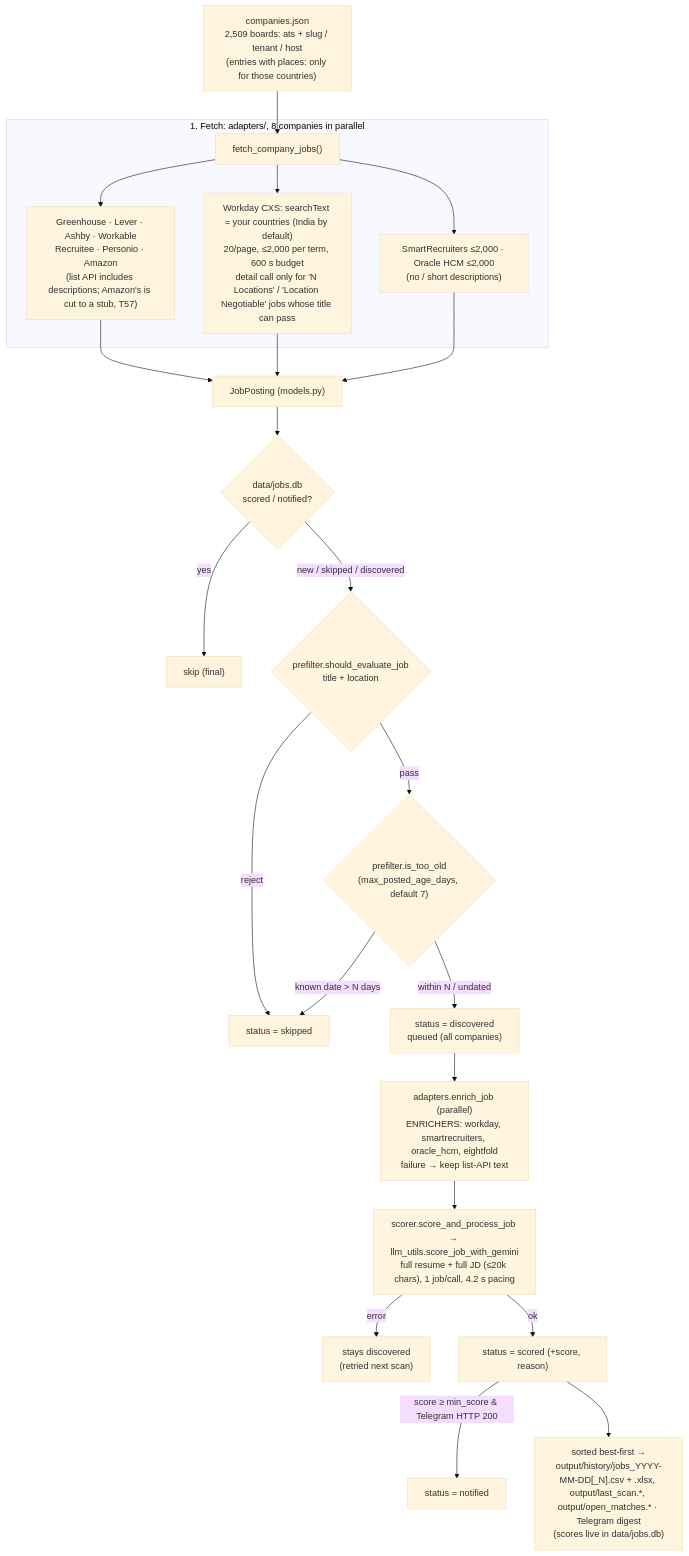
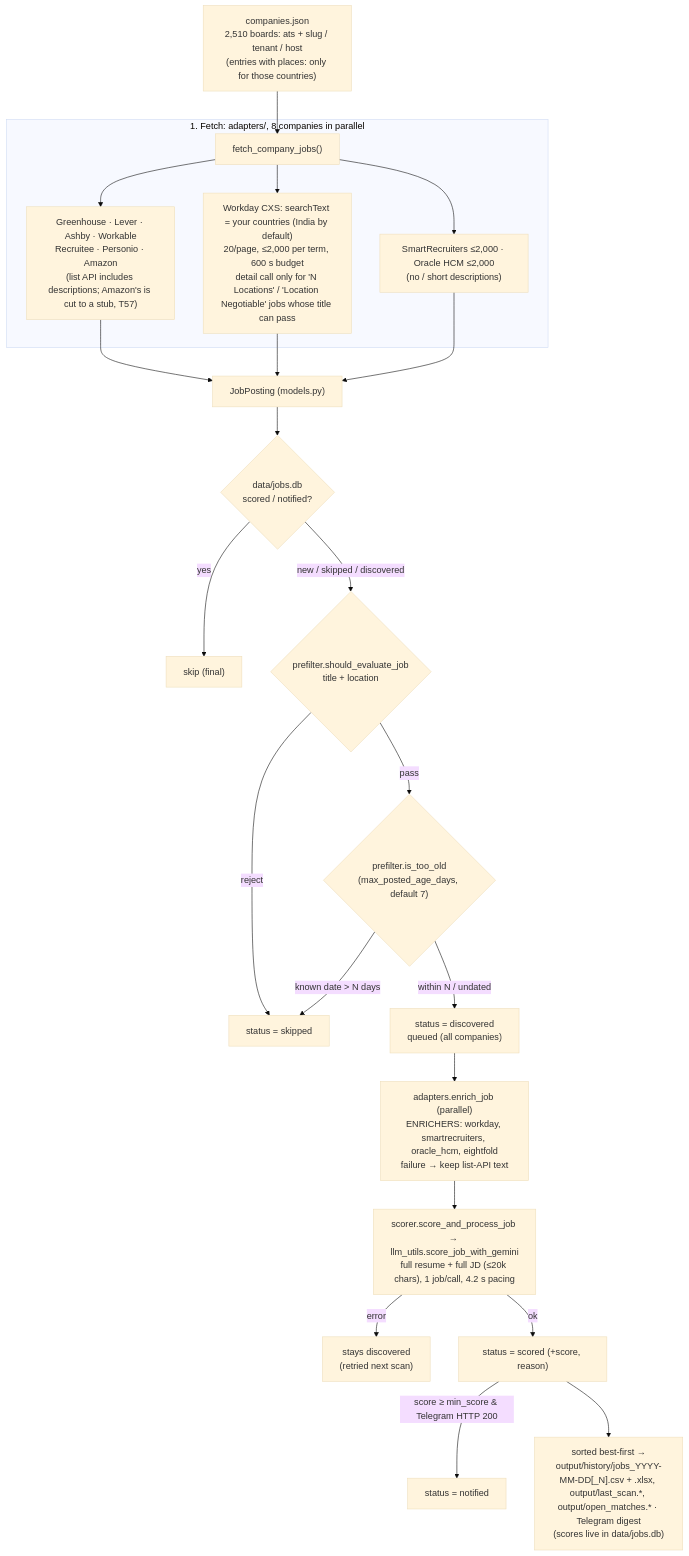
The diagram in ARCHITECTURE.md (Manish814142/rolesight), drawn with Mermaid (base theme) before and after one commit. The commit also changed 9 other files, not shown here.

````diff
--- a/ARCHITECTURE.md
+++ b/ARCHITECTURE.md
@@ -19,25 +19,25 @@
 ```mermaid
 flowchart TD
-    COMP["companies.json<br/>2,509 boards: ats + slug / tenant / host<br/>(entries with places: only for those countries)"] --> FETCH
+    COMP["companies.json<br/>2,510 boards: ats + slug / tenant / host<br/>(entries with places: only for those countries)"] --> FETCH
     subgraph Fetch ["1. Fetch: adapters/, 8 companies in parallel"]
         FETCH["fetch_company_jobs()"] --> LISTAPI["Greenhouse · Lever · Ashby · Workable<br/>Recruitee · Personio · Amazon<br/>(list API includes descriptions; Amazon's is cut to a stub, T57)"]
         FETCH --> WD["Workday CXS: searchText = your countries (India by default)<br/>20/page, ≤2,000 per term, 600 s budget<br/>detail call only for 'N Locations' / 'Location Negotiable' jobs whose title can pass"]
         FETCH --> SROH["SmartRecruiters ≤2,000 · Oracle HCM ≤2,000<br/>(no / short descriptions)"]
     end
     LISTAPI --> JP["JobPosting (models.py)"]
     WD --> JP
     SROH --> JP
     JP --> DEDUP{"data/jobs.db<br/>scored / notified?"}
     DEDUP -- yes --> SKIPF["skip (final)"]
     DEDUP -- "new / skipped / discovered" --> PF{"prefilter.should_evaluate_job<br/>title + location"}
     PF -- reject --> SKIPPED["status = skipped"]
     PF -- pass --> AGE{"prefilter.is_too_old<br/>(max_posted_age_days, default 7)"}
     AGE -- "known date > N days" --> SKIPPED
     AGE -- "within N / undated" --> QUEUE["status = discovered<br/>queued (all companies)"]
     QUEUE --> ENRICH["adapters.enrich_job (parallel)<br/>ENRICHERS: workday, smartrecruiters, oracle_hcm, eightfold<br/>failure → keep list-API text"]
     ENRICH --> SCORE["scorer.score_and_process_job → llm_utils.score_job_with_gemini<br/>full resume + full JD (≤20k chars), 1 job/call, 4.2 s pacing"]
     SCORE -- error --> DISC["stays discovered<br/>(retried next scan)"]
     SCORE -- ok --> SCORED["status = scored (+score, reason)"]
     SCORED -- "score ≥ min_score & Telegram HTTP 200" --> NOTIFIED["status = notified"]
     SCORED --> OUT["sorted best-first →<br/>output/history/jobs_YYYY-MM-DD[_N].csv + .xlsx, output/last_scan.*, output/open_matches.* · Telegram digest<br/>(scores live in data/jobs.db)"]
 ```
````
